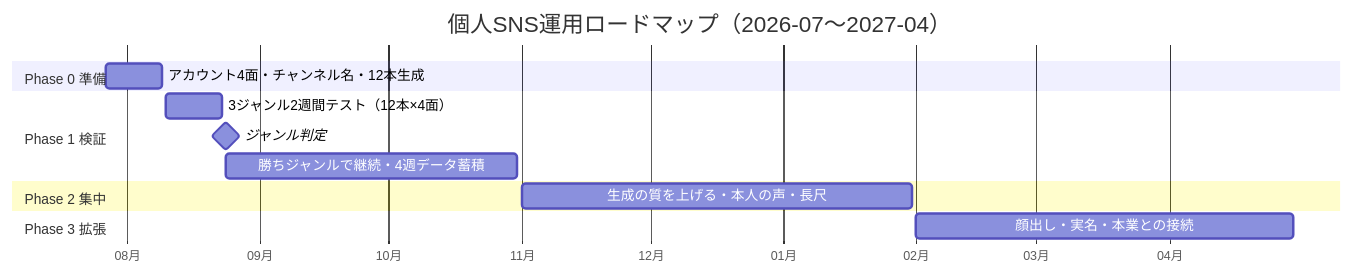
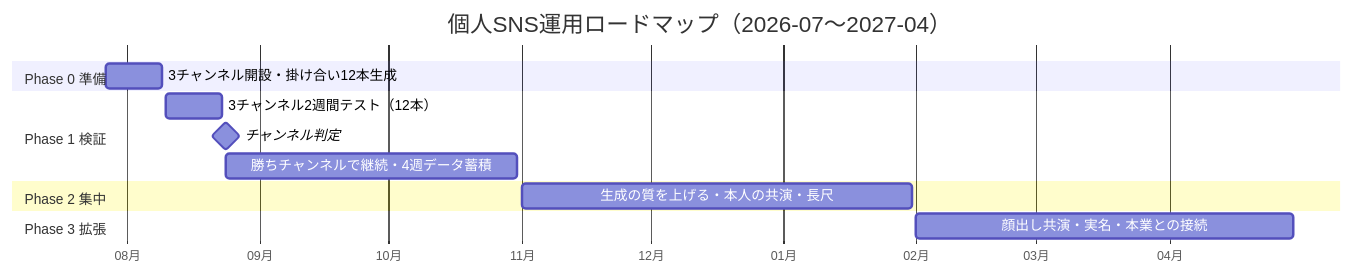
One commit to bashaka-sawabe/personal-sns-operation changed the diagram in docs/07_ロードマップ.md. Above: the diagram before and after it, drawn with Mermaid. The commit also changed other lines of this file and 1 other file, not shown here.

First line of the commit message:
docs: 06・07をv4（3チャンネル・本人への橋）に追随させる

````diff
--- a/docs/07_ロードマップ.md
+++ b/docs/07_ロードマップ.md
@@ -6,16 +7,16 @@
 ```mermaid
 gantt
     title 個人SNS運用ロードマップ（2026-07〜2027-04）
     dateFormat YYYY-MM-DD
     axisFormat %m月
     section Phase 0 準備
-    アカウント4面・チャンネル名・12本生成 :p0, 2026-07-27, 2026-08-09
+    3チャンネル開設・掛け合い12本生成    :p0, 2026-07-27, 2026-08-09
     section Phase 1 検証
-    3ジャンル2週間テスト（12本×4面）    :p1, 2026-08-10, 2026-08-23
-    ジャンル判定                        :milestone, 2026-08-24, 0d
-    勝ちジャンルで継続・4週データ蓄積    :p1b, 2026-08-24, 2026-10-31
+    3チャンネル2週間テスト（12本）      :p1, 2026-08-10, 2026-08-23
+    チャンネル判定                      :milestone, 2026-08-24, 0d
+    勝ちチャンネルで継続・4週データ蓄積  :p1b, 2026-08-24, 2026-10-31
     section Phase 2 集中
-    生成の質を上げる・本人の声・長尺     :p2, 2026-11-01, 2027-01-31
+    生成の質を上げる・本人の共演・長尺   :p2, 2026-11-01, 2027-01-31
     section Phase 3 拡張
-    顔出し・実名・本業との接続           :p3, 2027-02-01, 2027-04-30
+    顔出し共演・実名・本業との接続       :p3, 2027-02-01, 2027-04-30
 ```
````
